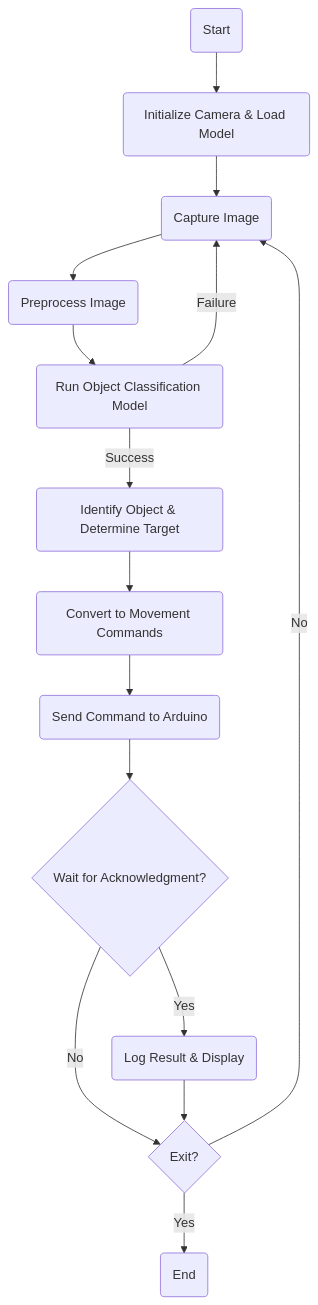
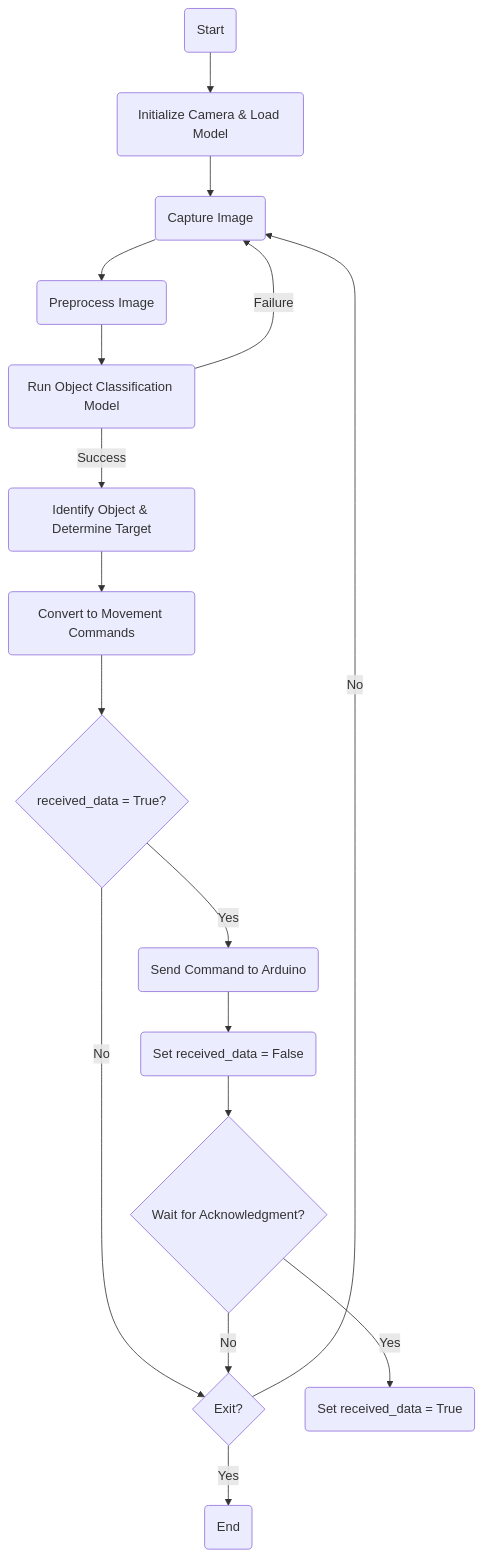
One commit to Ngoc411/Robotic-arm-classifies-objects-using-computer-vision-with-raspi4-and-arduino changed the first of 2 diagrams in README.md. Above: the diagram before and after it, drawn with Mermaid.

````diff
--- a/README.md
+++ b/README.md
@@ -25,17 +25,19 @@
 ```mermaid
 graph TD;
   A(Start) --> B(Initialize Camera & Load Model)
   B --> C(Capture Image)
   C --> D(Preprocess Image)
   D --> E(Run Object Classification Model)
   E -->|Success| F(Identify Object & Determine Target)
   E -->|Failure| C
   F --> G(Convert to Movement Commands)
-  G --> H(Send Command to Arduino)
-  H --> I{Wait for Acknowledgment?}
-  I -->|No| K
-  I -->|Yes| J(Log Result & Display)
-  J --> K{Exit?}
-  K -->|No| C
-  K -->|Yes| L(End)
+  G --> H{received_data = True?}
+  H -->|No| M{Exit?}
+  H -->|Yes| I(Send Command to Arduino)
+  I --> J(Set received_data = False)
+  J --> K{Wait for Acknowledgment?}
+  K -->|No| M
+  K -->|Yes| L(Set received_data = True)
+  M -->|No| C
+  M -->|Yes| N(End)
 ```
````
